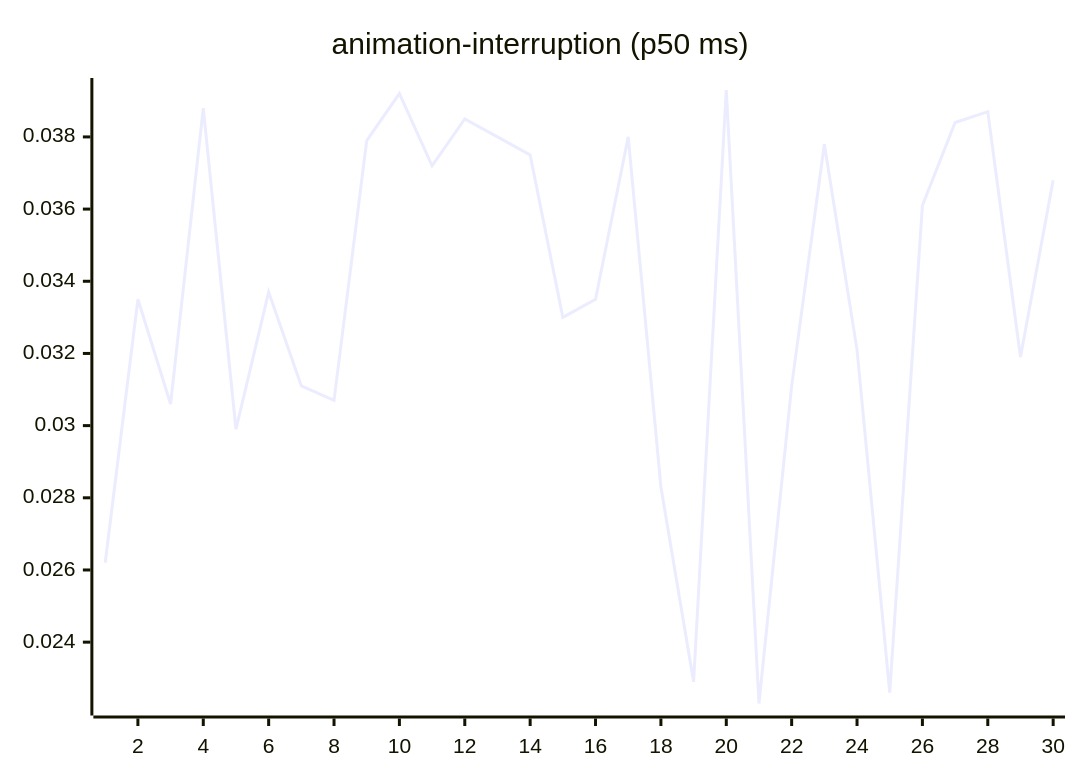
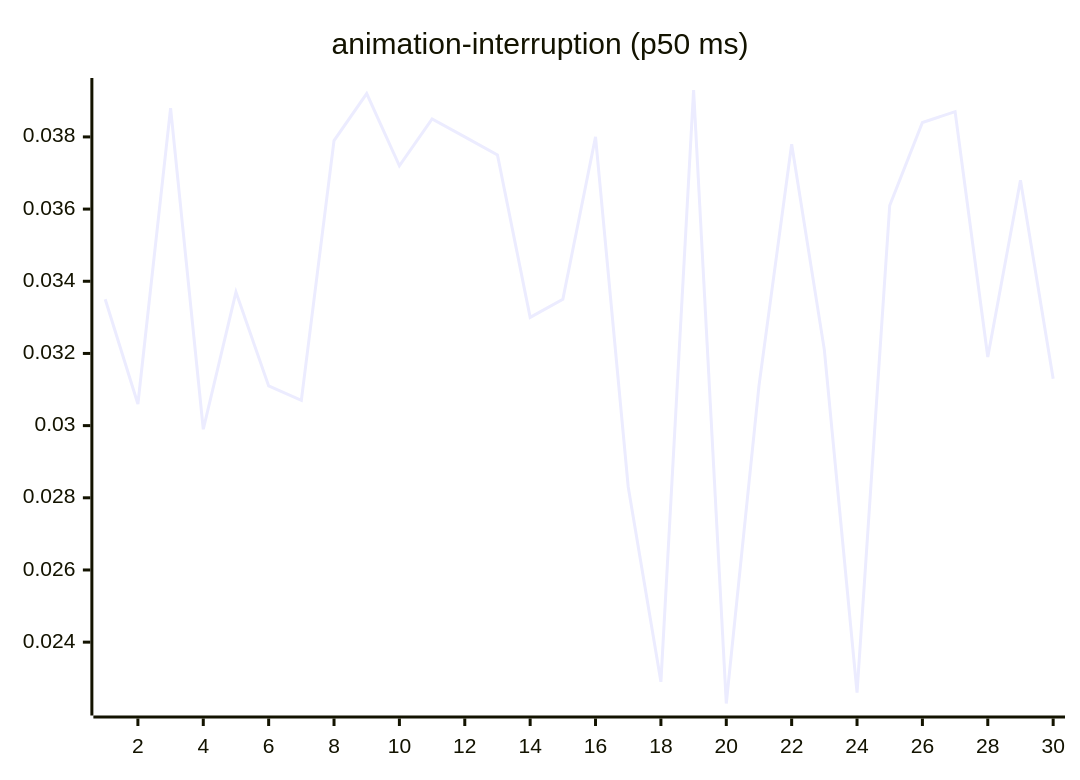
One commit to josha/Facet changed the third of 27 diagrams in README.md. Above: the diagram before and after it, drawn with Mermaid. The commit also changed other lines of this file and 2 other files, not shown here.

````diff
--- a/README.md
+++ b/README.md
@@ -77,6 +77,6 @@
 ```mermaid
 xychart-beta
     title "animation-interruption (p50 ms)"
     x-axis 1 --> 30
-    line [0.0262, 0.0335, 0.0306, 0.0388, 0.0299, 0.0337, 0.0311, 0.0307, 0.0379, 0.0392, 0.0372, 0.0385, 0.0380, 0.0375, 0.0330, 0.0335, 0.0380, 0.0283, 0.0229, 0.0393, 0.0223, 0.0311, 0.0378, 0.0321, 0.0226, 0.0361, 0.0384, 0.0387, 0.0319, 0.0368]
+    line [0.0335, 0.0306, 0.0388, 0.0299, 0.0337, 0.0311, 0.0307, 0.0379, 0.0392, 0.0372, 0.0385, 0.0380, 0.0375, 0.0330, 0.0335, 0.0380, 0.0283, 0.0229, 0.0393, 0.0223, 0.0311, 0.0378, 0.0321, 0.0226, 0.0361, 0.0384, 0.0387, 0.0319, 0.0368, 0.0313]
 ```
````
